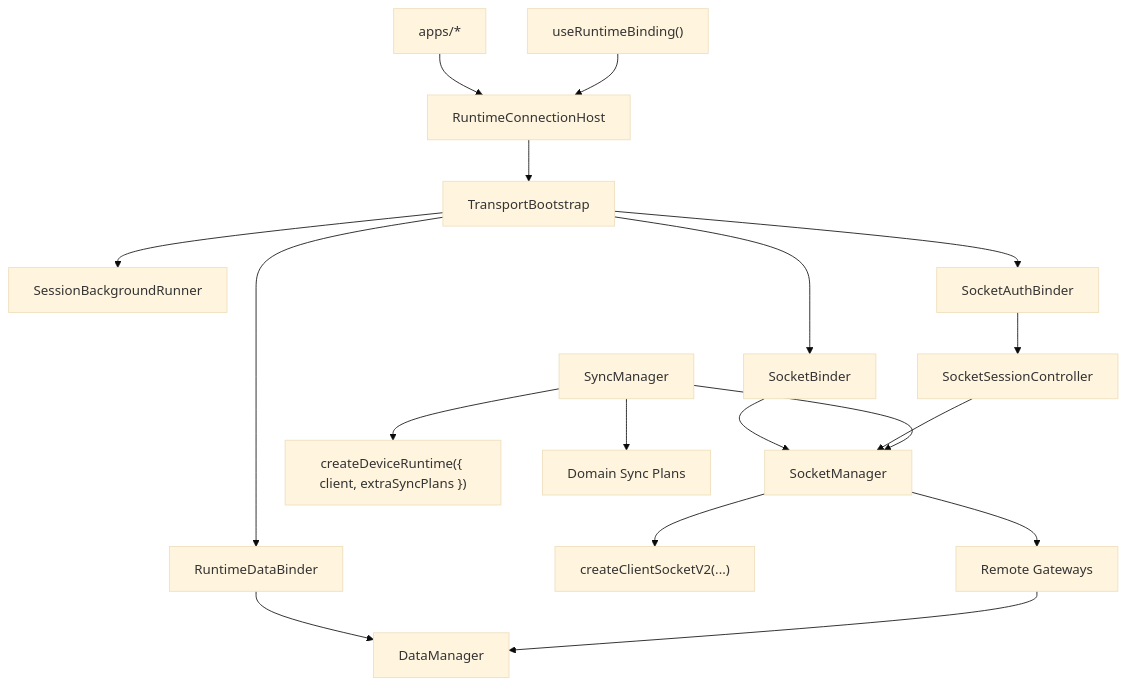
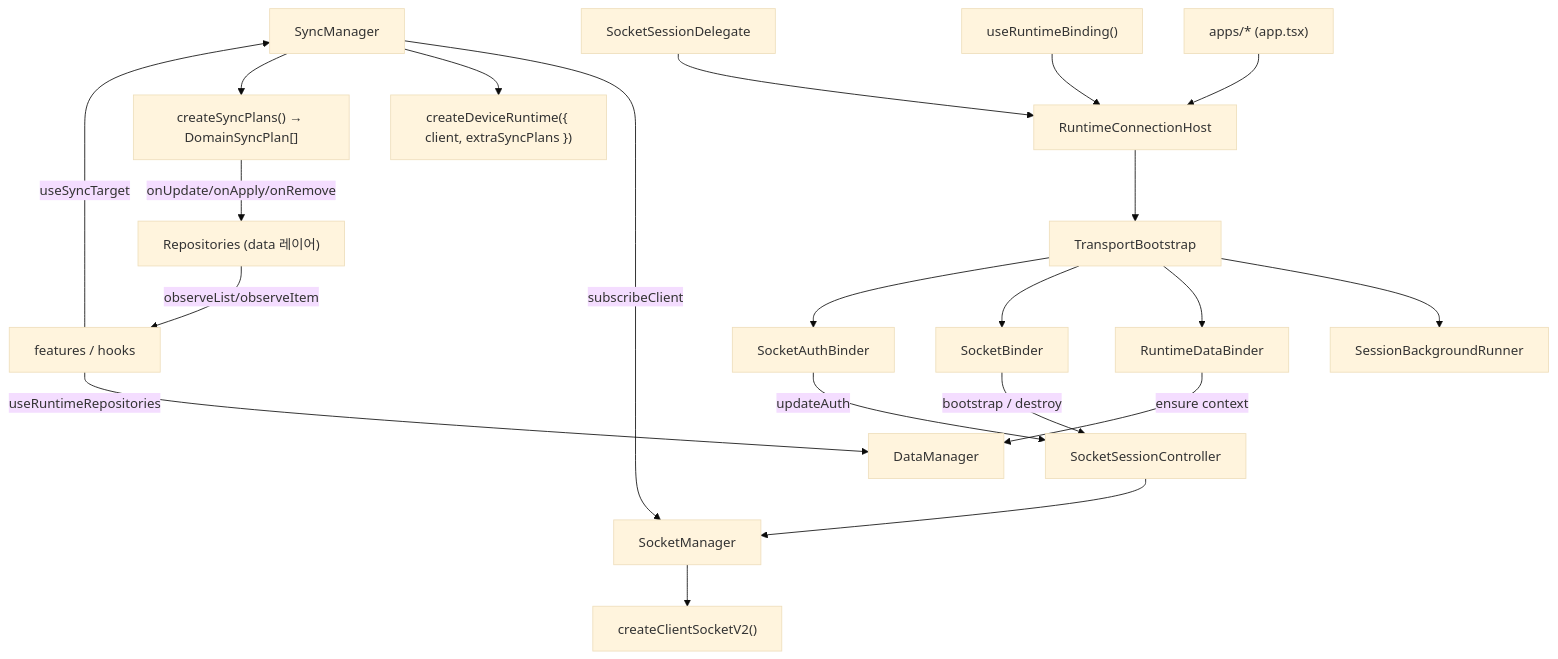
Before and after one commit to lemoncloud-io/dou-app: the diagram in libs/app-runtime/docs/architecture.md, drawn with Mermaid (base theme). The commit also changed other lines of this file and 9 other files, not shown here.

First line of the commit message:
feat(app-runtime): refactor sync and socket layers for v2

````diff
--- a/libs/app-runtime/docs/architecture.md
+++ b/libs/app-runtime/docs/architecture.md
@@ -30,24 +25,27 @@
 ```mermaid
 flowchart TD
-  App["apps/*"] --> Host["RuntimeConnectionHost"]
+  App["apps/* (app.tsx)"] --> Host["RuntimeConnectionHost"]
+  Binding["useRuntimeBinding()"] --> Host
+  Delegate["SocketSessionDelegate"] --> Host
+
   Host --> Bootstrap["TransportBootstrap"]
   Bootstrap --> Runner["SessionBackgroundRunner"]
   Bootstrap --> DataBinder["RuntimeDataBinder"]
   Bootstrap --> SocketBinder["SocketBinder"]
   Bootstrap --> AuthBinder["SocketAuthBinder"]
 
-  Binding["useRuntimeBinding()"] --> Host
+  DataBinder -->|ensure context| DataManager["DataManager"]
+  SocketBinder -->|bootstrap / destroy| Session["SocketSessionController"]
+  AuthBinder -->|updateAuth| Session
 
-  DataBinder --> DataManager["DataManager"]
-  SocketBinder --> SocketManager["SocketManager"]
-  AuthBinder --> Session["SocketSessionController"]
+  Session --> SocketManager["SocketManager"]
+  SocketManager --> Client["createClientSocketV2()"]
+  SyncManager["SyncManager"] -->|subscribeClient| SocketManager
+  SyncManager --> Runtime["createDeviceRuntime({ client, extraSyncPlans })"]
+  SyncManager --> Plans["createSyncPlans() → DomainSyncPlan[]"]
 
-  SocketManager --> Client["createClientSocketV2(...)"]
-  Session --> SocketManager
-  SyncManager["SyncManager"] --> SocketManager
-  SyncManager --> DeviceRuntime["createDeviceRuntime({ client, extraSyncPlans })"]
-  SyncManager --> Plans["Domain Sync Plans"]
-
-  SocketManager --> Gateways["Remote Gateways"]
-  Gateways --> DataManager
+  UI["features / hooks"] -->|useSyncTarget| SyncManager
+  UI -->|useRuntimeRepositories| DataManager
+  Plans -->|onUpdate/onApply/onRemove| Repos["Repositories (data 레이어)"]
+  Repos -->|observeList/observeItem| UI
 ```
````
